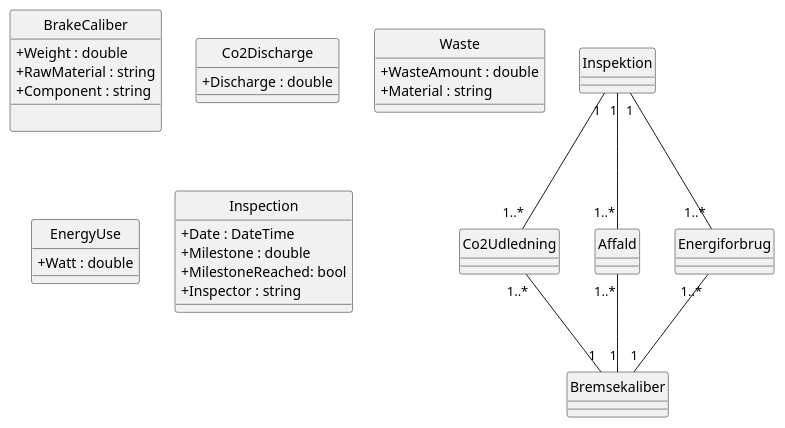
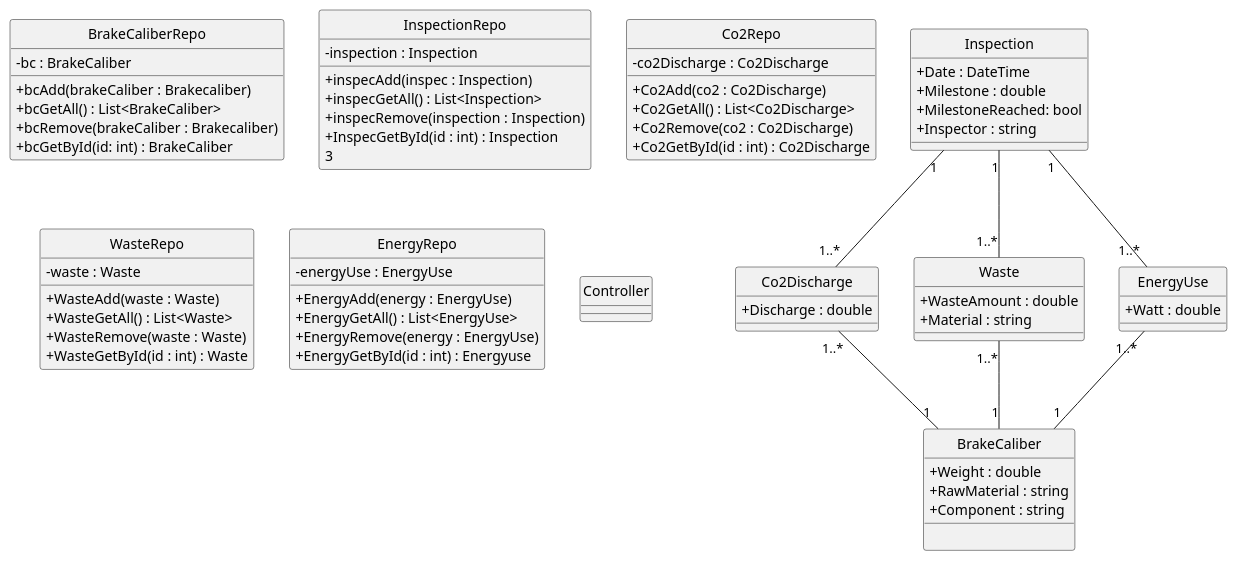
Before and after one commit to FilipMeldal/Team1A: the diagram in Budweg/Artefacts/BudwegDCD.plantuml, drawn with PlantUML.

```diff
--- a/Budweg/Artefacts/BudwegDCD.plantuml
+++ b/Budweg/Artefacts/BudwegDCD.plantuml
@@ -1,45 +1,105 @@
 @startuml
 hide circle
 skinparam classAttributeIconSize 0
 
-Co2Udledning "1..*" -- "1" Bremsekaliber
-Affald "1..*" -- "1" Bremsekaliber
-Energiforbrug "1..*" -- "1" Bremsekaliber
-Inspektion "1" -- "1..*" Co2Udledning
-Inspektion "1" -- "1..*" Affald
-Inspektion "1" -- "1..*" Energiforbrug
+Co2Discharge "1..*" -- "1" BrakeCaliber
+Waste "1..*" -- "1" BrakeCaliber
+EnergyUse "1..*" -- "1" BrakeCaliber
+Inspection "1" -- "1..*" Co2Discharge
+Inspection "1" -- "1..*" Waste
+Inspection "1" -- "1..*" EnergyUse
 
 Class BrakeCaliber
 {
     +Weight : double
     +RawMaterial : string
     +Component : string
     __
     
 }
 
 Class Co2Discharge 
 {
     +Discharge : double
 }
 
 Class Waste
 {
     +WasteAmount : double
     +Material : string
 }
 
 Class EnergyUse
 {
     +Watt : double
 }
 
 Class Inspection
 {
     +Date : DateTime
     +Milestone : double
     +MilestoneReached: bool
     +Inspector : string
 }
 
+Class BrakeCaliberRepo
+{
+    - bc : BrakeCaliber
+    __
+    +bcAdd(brakeCaliber : Brakecaliber)
+    +bcGetAll() : List<BrakeCaliber>
+    +bcRemove(brakeCaliber : Brakecaliber)   
+    +bcGetById(id: int) : BrakeCaliber
+}
+
+Class InspectionRepo
+{
+-inspection : Inspection
+__
++inspecAdd(inspec : Inspection)
++inspecGetAll() : List<Inspection>
++inspecRemove(inspection : Inspection)
++InspecGetById(id : int) : Inspection
+3
+}
+
+
+Class Co2Repo
+{
+    -co2Discharge : Co2Discharge
+__
++Co2Add(co2 : Co2Discharge)
++Co2GetAll() : List<Co2Discharge>
++Co2Remove(co2 : Co2Discharge)
++Co2GetById(id : int) : Co2Discharge
+}
+
+Class WasteRepo
+{
+    -waste : Waste
+__
++WasteAdd(waste : Waste)
++WasteGetAll() : List<Waste>
++WasteRemove(waste : Waste)
++WasteGetById(id : int) : Waste
+}
+
+Class EnergyRepo
+{
+    -energyUse : EnergyUse
+__
++EnergyAdd(energy : EnergyUse)
++EnergyGetAll() : List<EnergyUse>
++EnergyRemove(energy : EnergyUse)
++EnergyGetById(id : int) : Energyuse
+}
+
+
+
+
+Class Controller
+{
+
+}
+
 @enduml
```
